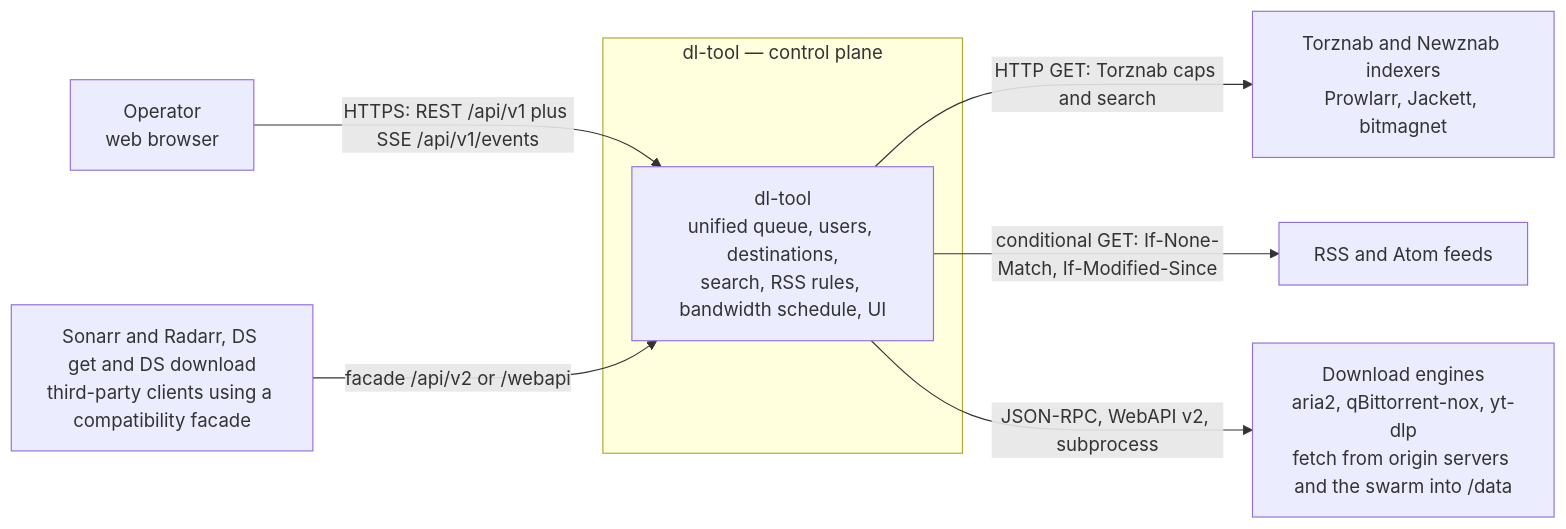
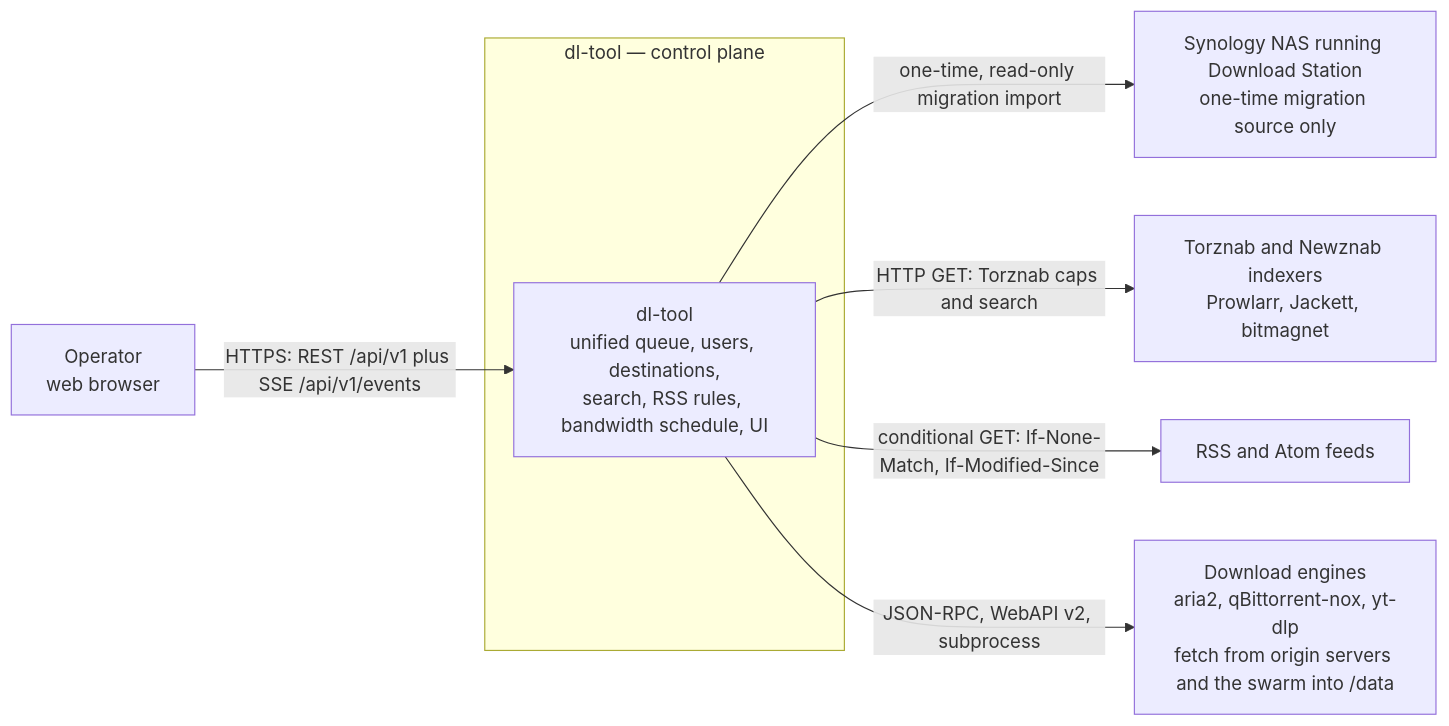
One commit to L-K-M/dl-tool changed the first of 8 diagrams in docs/03-architecture.md. Above: the diagram before and after it, drawn with Mermaid. The commit also changed other lines of this file and 7 other files, not shown here.

````diff
--- a/docs/03-architecture.md
+++ b/docs/03-architecture.md
@@ -37,16 +38,16 @@
 ```mermaid
 flowchart LR
     op["Operator<br/>web browser"]
-    arr["Sonarr and Radarr, DS get and DS download<br/>third-party clients using a compatibility facade"]
     idx["Torznab and Newznab indexers<br/>Prowlarr, Jackett, bitmagnet"]
     feeds["RSS and Atom feeds"]
     subgraph sys["dl-tool — control plane"]
         dlt["dl-tool<br/>unified queue, users, destinations,<br/>search, RSS rules, bandwidth schedule, UI"]
     end
     eng["Download engines<br/>aria2, qBittorrent-nox, yt-dlp<br/>fetch from origin servers and the swarm into /data"]
+    dsm["Synology NAS running Download Station<br/>one-time migration source only"]
     op -->|"HTTPS: REST /api/v1 plus SSE /api/v1/events"| dlt
-    arr -->|"facade /api/v2 or /webapi"| dlt
+    dlt -->|"one-time, read-only migration import"| dsm
     dlt -->|"HTTP GET: Torznab caps and search"| idx
     dlt -->|"conditional GET: If-None-Match, If-Modified-Since"| feeds
     dlt -->|"JSON-RPC, WebAPI v2, subprocess"| eng
 ```
````
